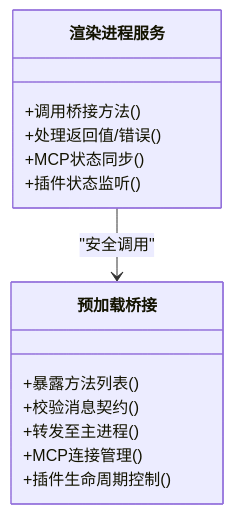
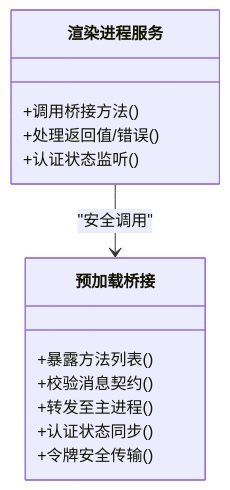
The fifth of 7 diagrams in .qoder/repowiki/zh/content/前端架构/API集成层.md (kkutysllb/KCoder), drawn with Mermaid before and after one commit. The commit also changed other lines of this file and 141 other files, not shown here.

````diff
--- a/.qoder/repowiki/zh/content/前端架构/API集成层.md
+++ b/.qoder/repowiki/zh/content/前端架构/API集成层.md
@@ -203,17 +235,16 @@
 ```mermaid
 classDiagram
 class 预加载桥接 {
 +暴露方法列表()
 +校验消息契约()
 +转发至主进程()
-+MCP连接管理()
-+插件生命周期控制()
++认证状态同步()
++令牌安全传输()
 }
 class 渲染进程服务 {
 +调用桥接方法()
 +处理返回值/错误()
-+MCP状态同步()
-+插件状态监听()
++认证状态监听()
 }
 渲染进程服务 --> 预加载桥接 : "安全调用"
 ```
````
